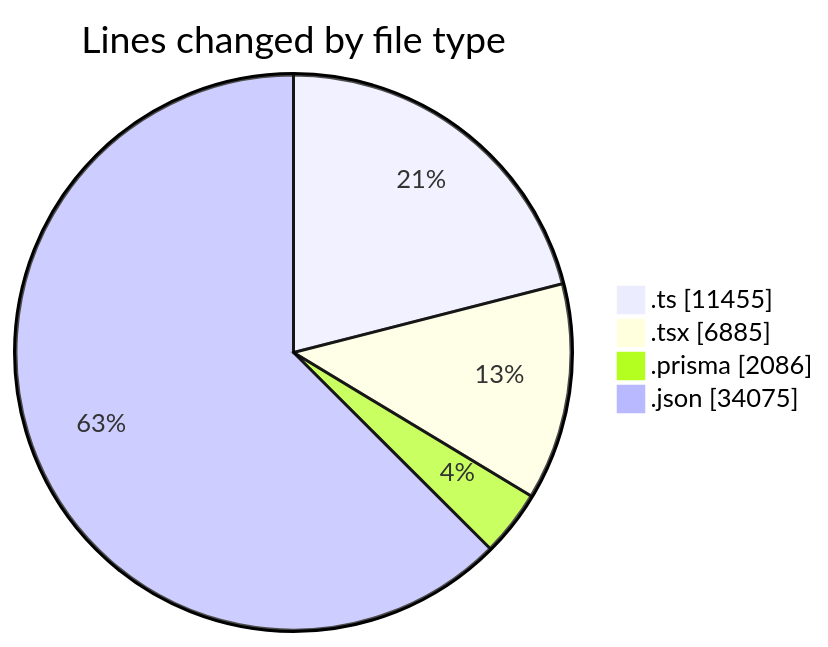
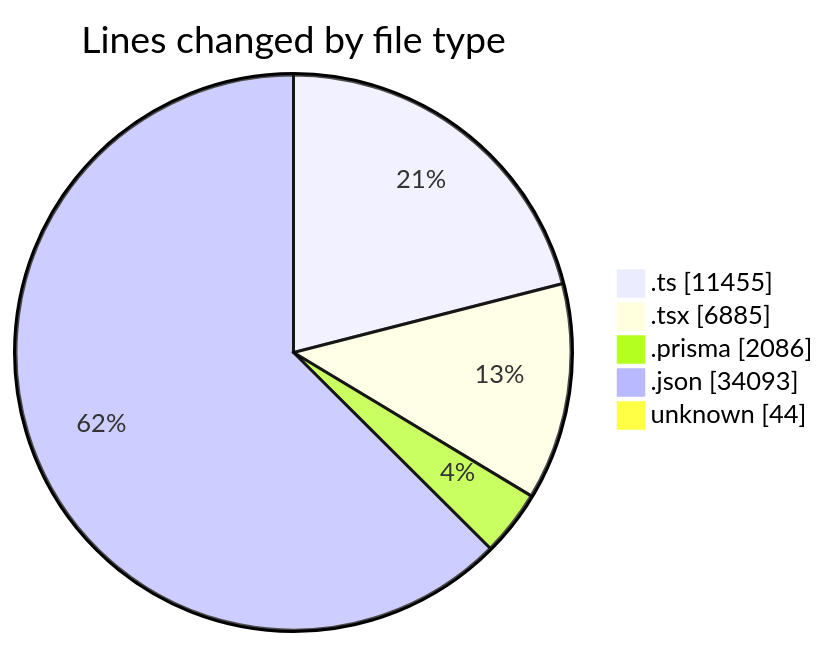
The first of 2 diagrams in 2025-05-19/ecodeli-1/README.md (CELIANVF/code-tracking), drawn with Mermaid before and after one commit. The commit also changed other lines of this file and 1 other file, not shown here.

````diff
--- a/2025-05-19/ecodeli-1/README.md
+++ b/2025-05-19/ecodeli-1/README.md
@@ -71,8 +73,9 @@
 ```mermaid
 pie showData
 title Lines changed by file type
 ".ts" : 11455
 ".tsx" : 6885
 ".prisma" : 2086
-".json" : 34075
+".json" : 34093
+"unknown" : 44
 ```
````
